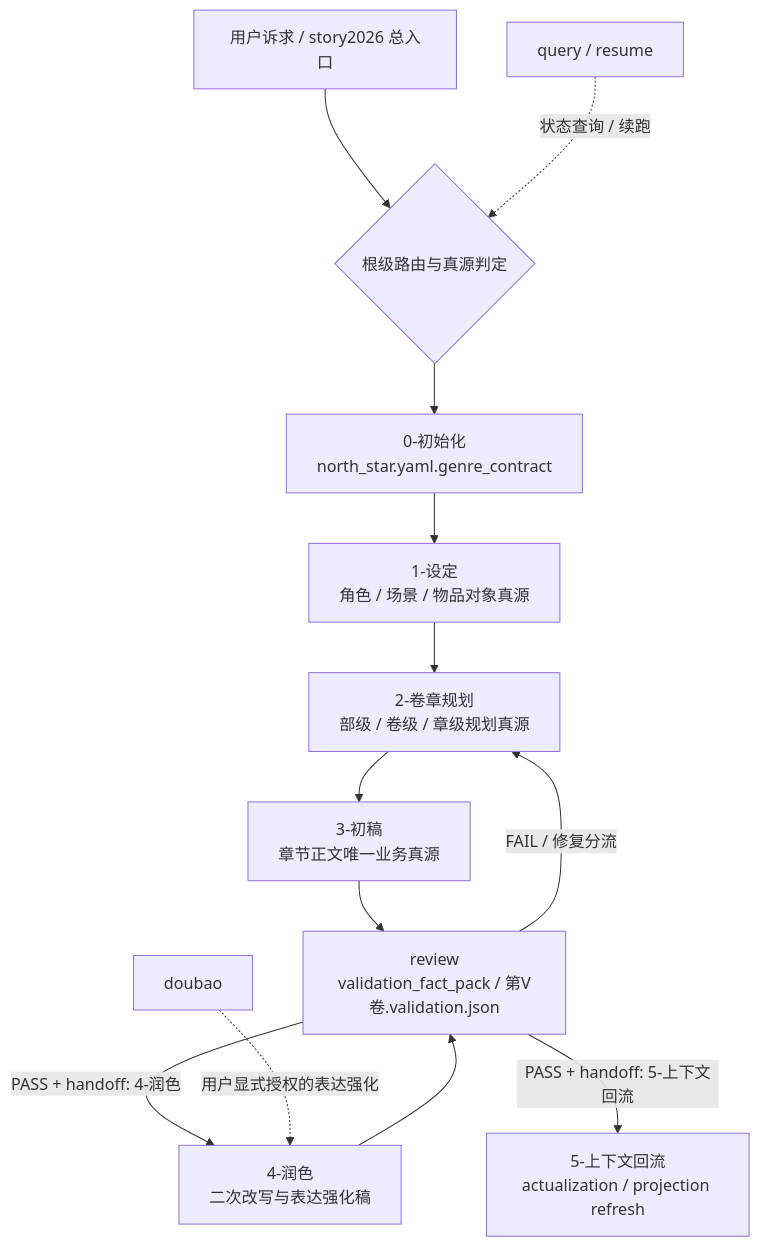
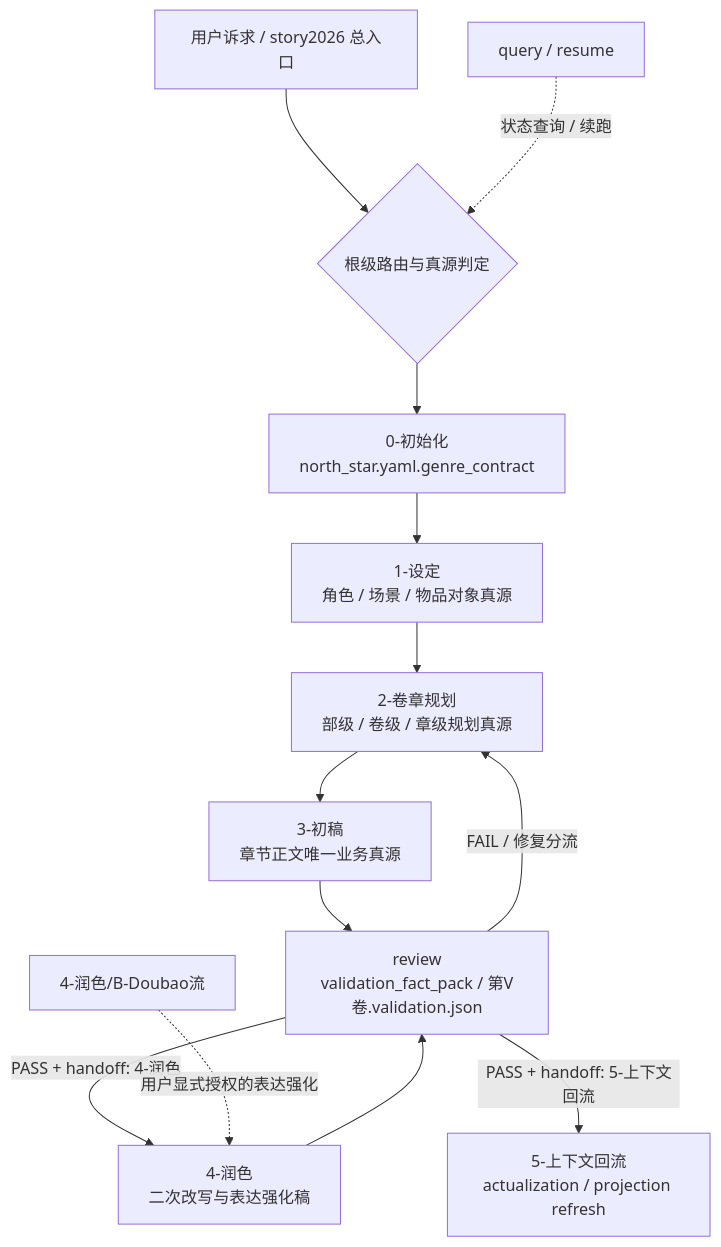
One commit to ZEN-VOID/AI-CUT changed the diagram in .agents/skills/story/SKILL.md. Above: the diagram before and after it, drawn with Mermaid. The commit also changed other lines of this file and 380 other files, not shown here.

````diff
--- a/.agents/skills/story/SKILL.md
+++ b/.agents/skills/story/SKILL.md
@@ -101,15 +109,15 @@
 ```mermaid
 flowchart TD
     A["用户诉求 / story2026 总入口"] --> B{"根级路由与真源判定"}
     B --> C["0-初始化<br/>north_star.yaml.genre_contract"]
     C --> D["1-设定<br/>角色 / 场景 / 物品对象真源"]
     D --> E["2-卷章规划<br/>部级 / 卷级 / 章级规划真源"]
     E --> F["3-初稿<br/>章节正文唯一业务真源"]
     F --> G["review<br/>validation_fact_pack / 第V卷.validation.json"]
     G -->|"FAIL / 修复分流"| E
     G -->|"PASS + handoff: 4-润色"| H["4-润色<br/>二次改写与表达强化稿"]
     H --> G
     G -->|"PASS + handoff: 5-上下文回流"| I["5-上下文回流<br/>actualization / projection refresh"]
     J["query / resume"] -.状态查询 / 续跑.-> B
-    K["doubao"] -.用户显式授权的表达强化.-> H
+    K["4-润色/B-Doubao流"] -.用户显式授权的表达强化.-> H
 ```
````
